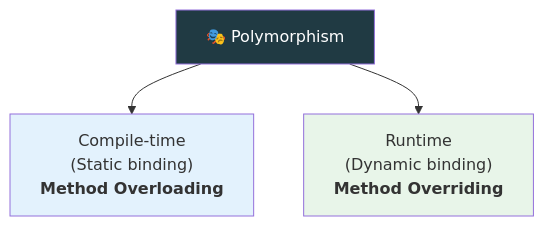
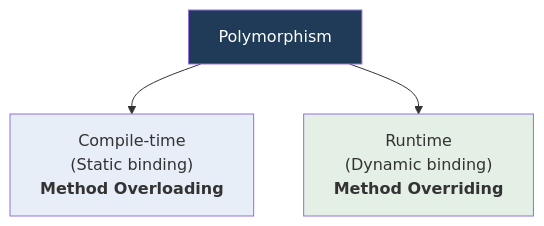
One commit to kundankumarsharma56/Leaning-Java changed the first of 2 diagrams in src/Theory/06-OOPS-Part-2/04-Polymorphism.md. Above: the diagram before and after it, drawn with Mermaid. The commit also changed other lines of this file and 84 other files, not shown here.

````diff
--- a/src/Theory/06-OOPS-Part-2/04-Polymorphism.md
+++ b/src/Theory/06-OOPS-Part-2/04-Polymorphism.md
@@ -21,8 +21,8 @@
 ```mermaid
 flowchart TD
-    P["🎭 Polymorphism"] --> C["Compile-time<br/>(Static binding)<br/><b>Method Overloading</b>"]
+    P["Polymorphism"] --> C["Compile-time<br/>(Static binding)<br/><b>Method Overloading</b>"]
     P --> R["Runtime<br/>(Dynamic binding)<br/><b>Method Overriding</b>"]
-    style P fill:#203a43,color:#fff
-    style C fill:#e3f2fd
-    style R fill:#e8f5e9
+    style P fill:#1f3b57,color:#fff
+    style C fill:#e7eef7
+    style R fill:#e4efe6
 ```
````
